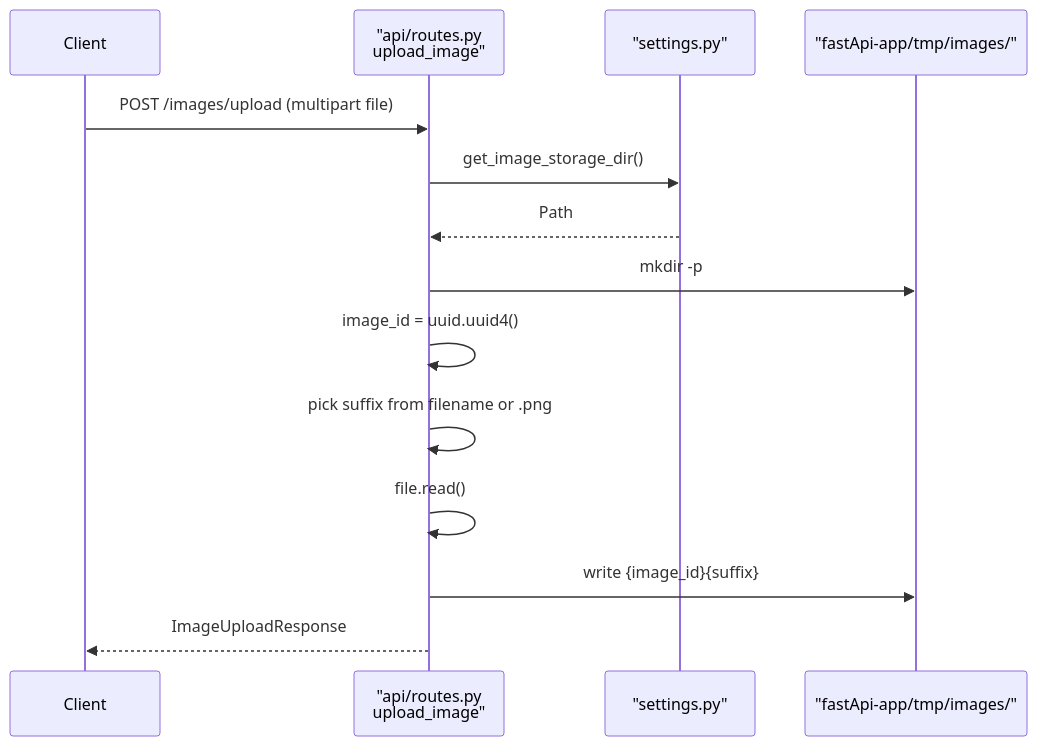
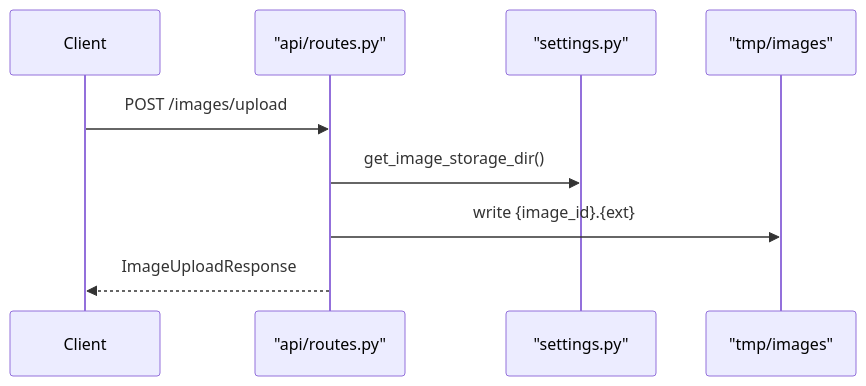
Before and after one commit to 1mache/avroom: the first of 3 diagrams in docs/backend/data-flow.md, drawn with Mermaid. The commit also changed other lines of this file and 25 other files, not shown here.

````diff
--- a/docs/backend/data-flow.md
+++ b/docs/backend/data-flow.md
@@ -7,17 +7,12 @@
 ```mermaid
 sequenceDiagram
     participant Client
-    participant Router as "api/routes.py<br/>upload_image"
+    participant Router as "api/routes.py"
     participant Settings as "settings.py"
-    participant Disk as "fastApi-app/tmp/images/"
+    participant Disk as "tmp/images"
 
-    Client->>Router: POST /images/upload (multipart file)
+    Client->>Router: POST /images/upload
     Router->>Settings: get_image_storage_dir()
-    Settings-->>Router: Path
-    Router->>Disk: mkdir -p
-    Router->>Router: image_id = uuid.uuid4()
-    Router->>Router: pick suffix from filename or .png
-    Router->>Router: file.read()
-    Router->>Disk: write {image_id}{suffix}
+    Router->>Disk: write {image_id}.{ext}
     Router-->>Client: ImageUploadResponse
 ```
````
